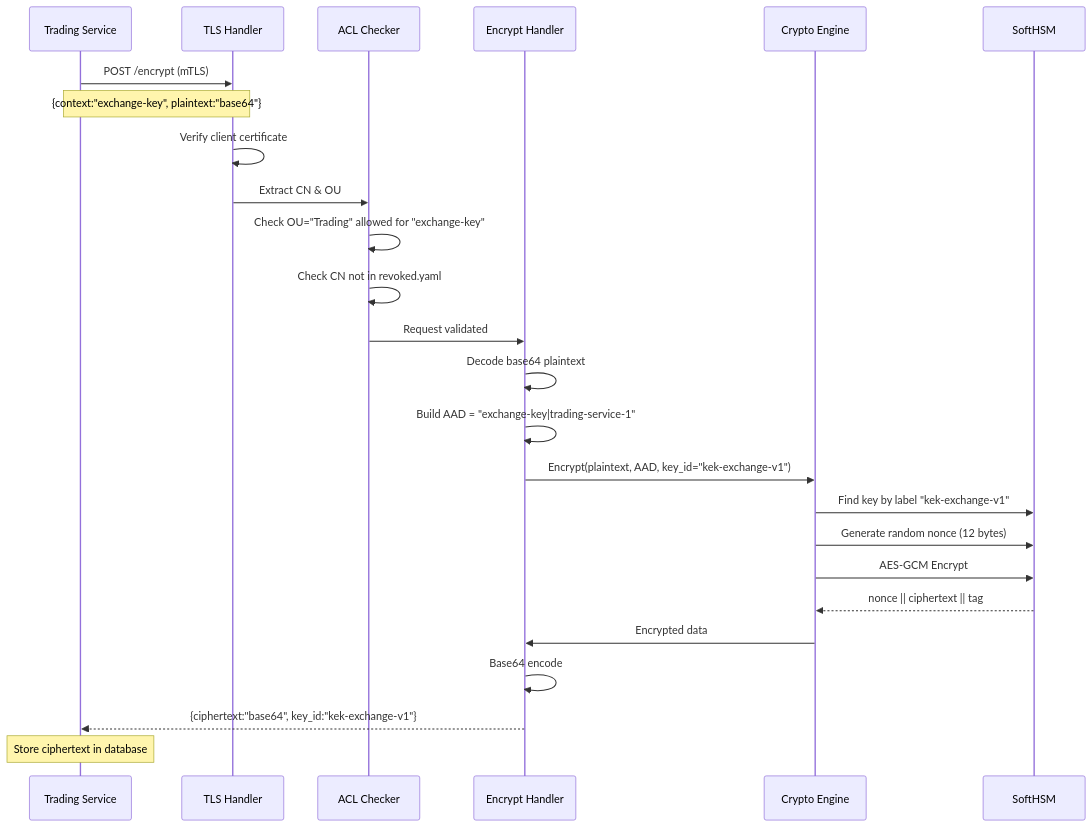
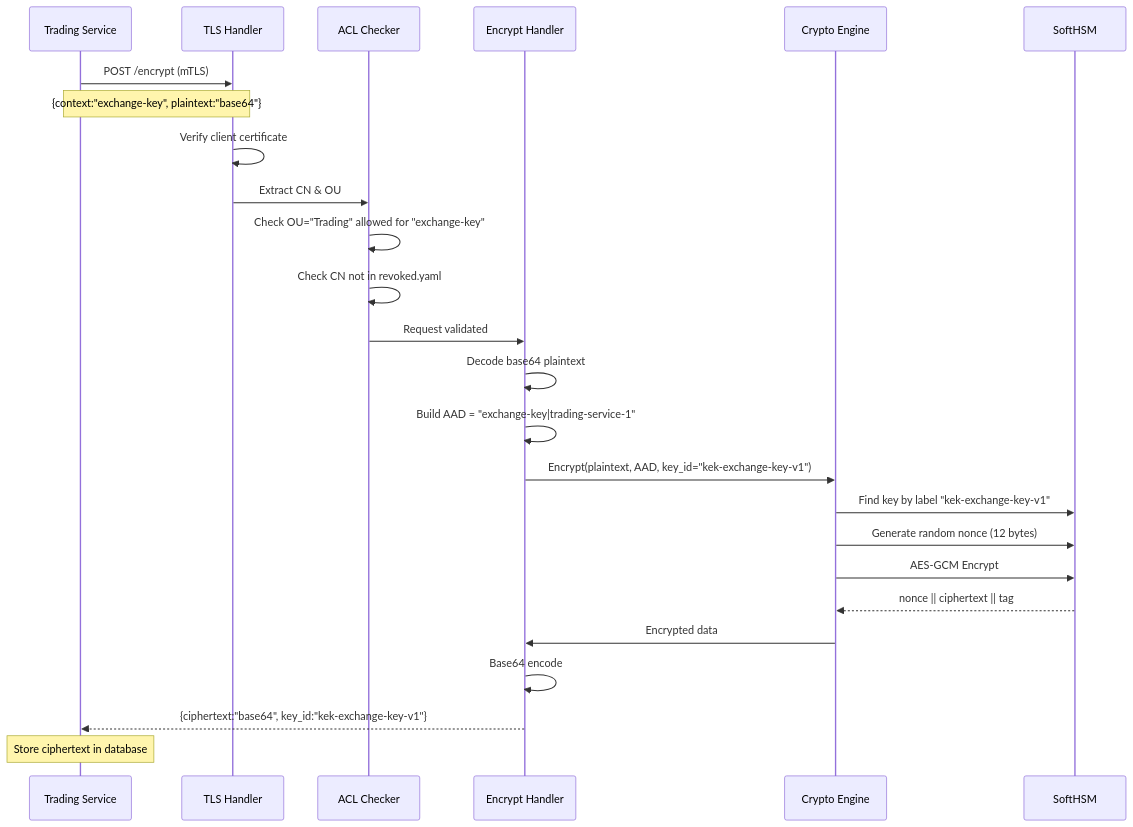
Before and after one commit to titaev-lv/hsm-service: the fifth of 8 diagrams in ARCHITECTURE.md, drawn with Mermaid. The commit also changed other lines of this file and 13 other files, not shown here.

Commit message:
Bugfix key label in docs

````diff
--- a/ARCHITECTURE.md
+++ b/ARCHITECTURE.md
@@ -915,33 +915,33 @@
 ```mermaid
 sequenceDiagram
     participant Client as Trading Service
     participant TLS as TLS Handler
     participant ACL as ACL Checker
     participant Handler as Encrypt Handler
     participant Crypto as Crypto Engine
     participant HSM as SoftHSM
 
     Client->>TLS: POST /encrypt (mTLS)
     Note over Client,TLS: {context:"exchange-key", plaintext:"base64"}
     
     TLS->>TLS: Verify client certificate
     TLS->>ACL: Extract CN & OU
     ACL->>ACL: Check OU="Trading" allowed for "exchange-key"
     ACL->>ACL: Check CN not in revoked.yaml
     
     ACL->>Handler: Request validated
     Handler->>Handler: Decode base64 plaintext
     Handler->>Handler: Build AAD = "exchange-key|trading-service-1"
     
-    Handler->>Crypto: Encrypt(plaintext, AAD, key_id="kek-exchange-v1")
-    Crypto->>HSM: Find key by label "kek-exchange-v1"
+    Handler->>Crypto: Encrypt(plaintext, AAD, key_id="kek-exchange-key-v1")
+    Crypto->>HSM: Find key by label "kek-exchange-key-v1"
     Crypto->>HSM: Generate random nonce (12 bytes)
     Crypto->>HSM: AES-GCM Encrypt
     HSM-->>Crypto: nonce || ciphertext || tag
     
     Crypto->>Handler: Encrypted data
     Handler->>Handler: Base64 encode
-    Handler-->>Client: {ciphertext:"base64", key_id:"kek-exchange-v1"}
+    Handler-->>Client: {ciphertext:"base64", key_id:"kek-exchange-key-v1"}
     
     Note over Client: Store ciphertext in database
 ```
````
